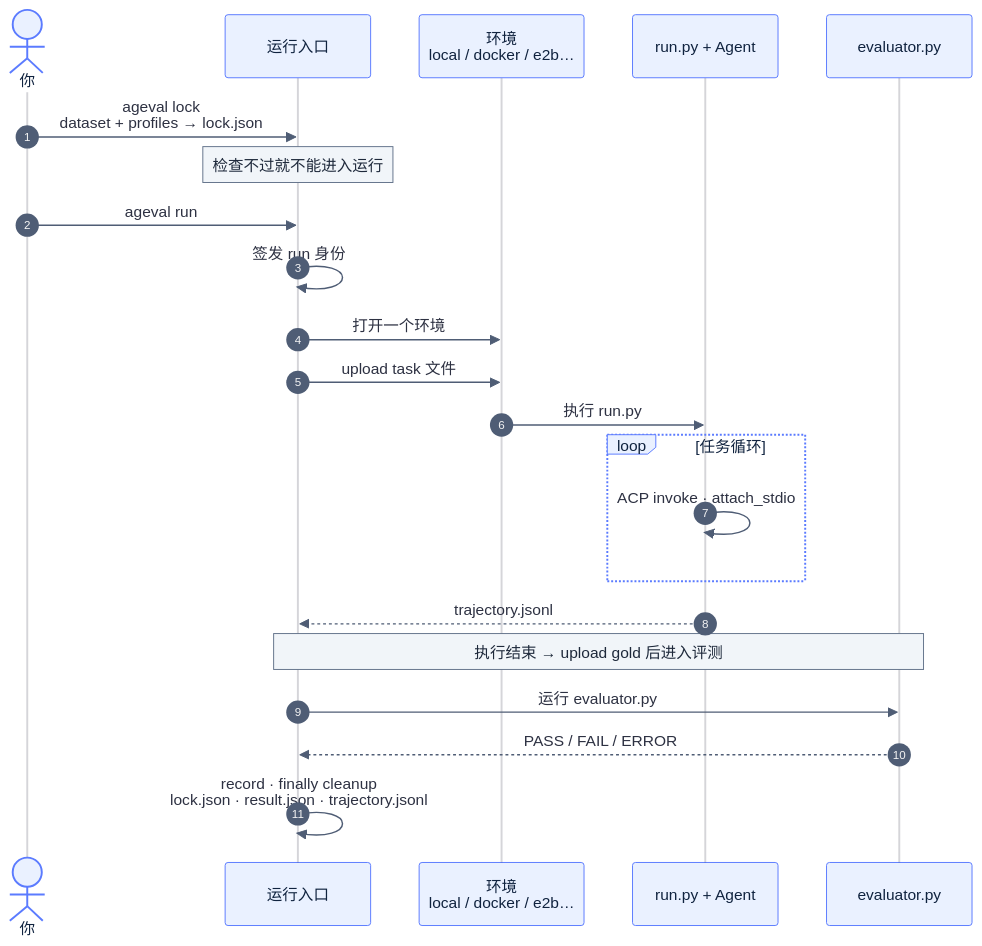
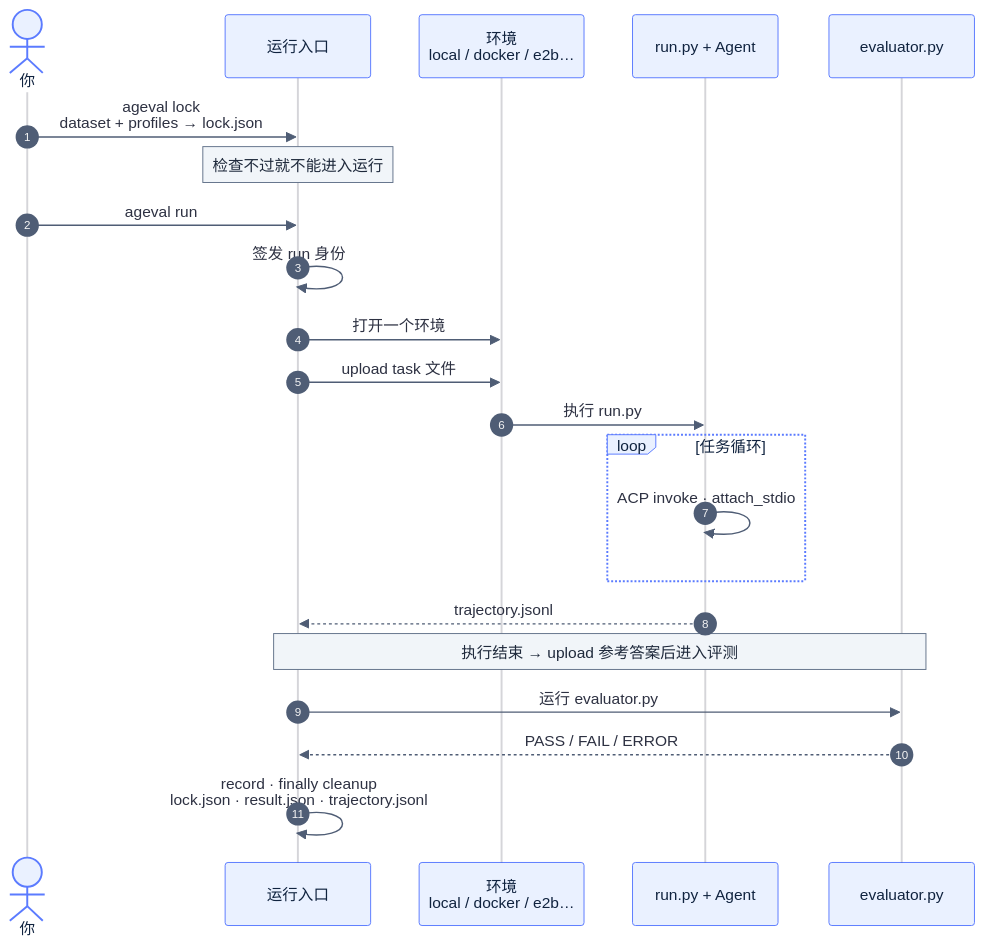
Before and after one commit to ZJU-REAL/AgEval: the diagram in README.zh-CN.md, drawn with Mermaid. The commit also changed other lines of this file, not shown here.

Commit message:
docs(readme): write 参考答案 instead of gold in zh readme
- zh public copy keeps gold for EN/CLI/paths only (glossary rule)

````diff
--- a/README.zh-CN.md
+++ b/README.zh-CN.md
@@ -161,26 +161,26 @@
 ```mermaid
 %%{init: {"theme":"base","themeVariables":{"actorBkg":"#eaf1ff","actorBorder":"#5B7BFF","actorTextColor":"#10233f","actorLineColor":"rgba(45,49,66,0.2)","signalColor":"#4f5d75","signalTextColor":"#2d3142","labelBoxBkgColor":"#eaf1ff","labelBoxBorderColor":"#5B7BFF","labelTextColor":"#10233f","noteBkgColor":"#f1f5f9","noteBorderColor":"#64748b","noteTextColor":"#1e293b"}}}%%
 sequenceDiagram
     autonumber
     actor u as 你
     participant r as 运行入口
     participant e as 环境<br/>local / docker / e2b…
     participant t as run.py + Agent
     participant v as evaluator.py
 
     u->>r: ageval lock<br/>dataset + profiles → lock.json
     Note over r: 检查不过就不能进入运行
     u->>r: ageval run
     r->>r: 签发 run 身份
     r->>e: 打开一个环境
     r->>e: upload task 文件
     e->>t: 执行 run.py
     loop 任务循环
         t->>t: ACP invoke · attach_stdio
     end
     t-->>r: trajectory.jsonl
-    Note over r,v: 执行结束 → upload gold 后进入评测
+    Note over r,v: 执行结束 → upload 参考答案后进入评测
     r->>v: 运行 evaluator.py
     v-->>r: PASS / FAIL / ERROR
     r->>r: record · finally cleanup<br/>lock.json · result.json · trajectory.jsonl
 ```
````
